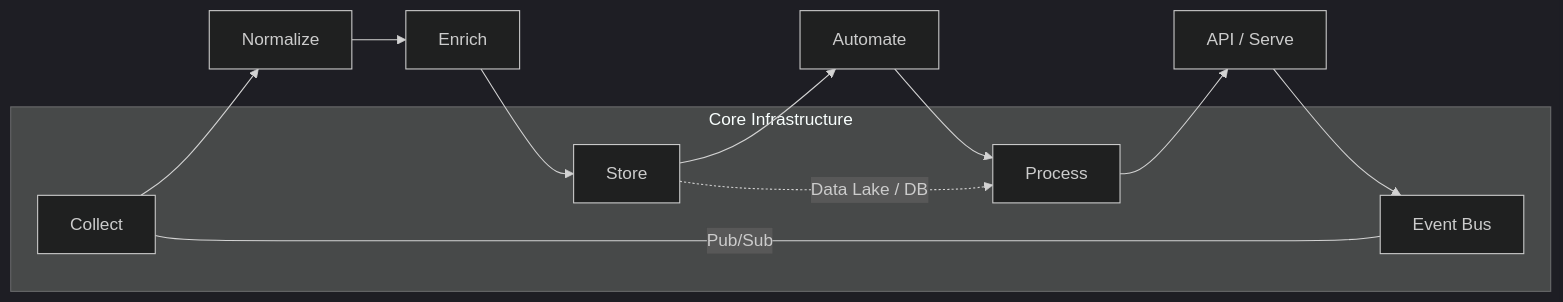
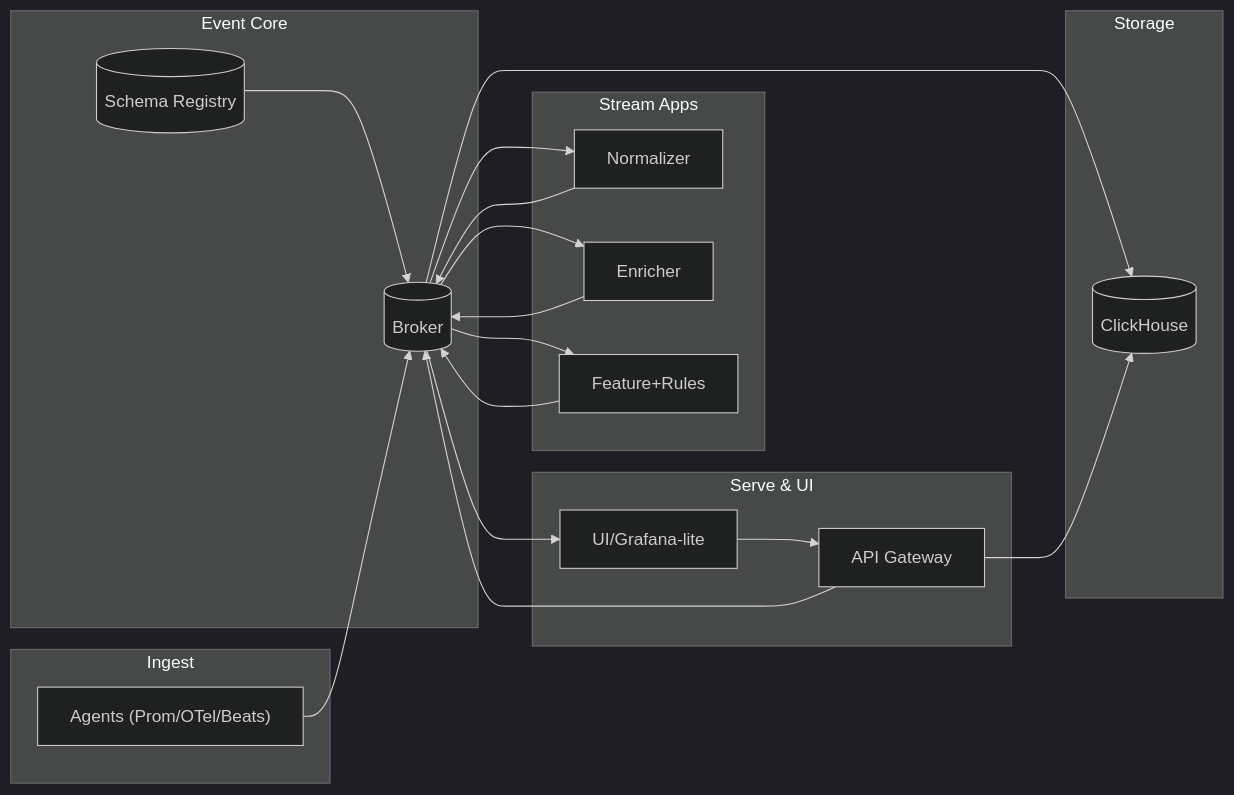
One commit to lILogit/Observio changed the diagram in README.md. Above: the diagram before and after it, drawn with Mermaid (dark theme). The commit also changed other lines of this file, not shown here.

````diff
--- a/README.md
+++ b/README.md
@@ -41,15 +29,37 @@
 ```mermaid
 flowchart LR
-    A[Collect] --> B[Normalize]
-    B --> C[Enrich]
-    C --> D[Store]
-    D --> E[Automate]
-    E --> F[Process]
-    F --> G[API / Serve]
-    G --> H[Event Bus]
+  subgraph Ingest
+    Agent["Agents (Prom/OTel/Beats)"]
+  end
 
-    subgraph Infra["Core Infrastructure"]
-        H ---|Pub/Sub| A
-        D -.->|Data Lake / DB| F
-    end
+  subgraph Core["Event Core"]
+    Bus[(Broker)]
+    Reg[(Schema Registry)]
+    Reg --> Bus
+  end
+
+  subgraph Stream["Stream Apps"]
+    Norm[Normalizer]
+    Enr[Enricher]
+    Feat[Feature+Rules]
+  end
+
+  subgraph Storage
+    CH[(ClickHouse)]
+  end
+
+  subgraph Serve["Serve & UI"]
+    API[API Gateway]
+    UI[UI/Grafana-lite]
+  end
+
+  Agent --> Bus
+  Bus --> Norm --> Bus
+  Bus --> Enr --> Bus
+  Bus --> Feat --> Bus
+  Bus --> CH
+  API --> CH
+  API --> Bus
+  Bus --> UI
+  UI --> API
 ```
````
